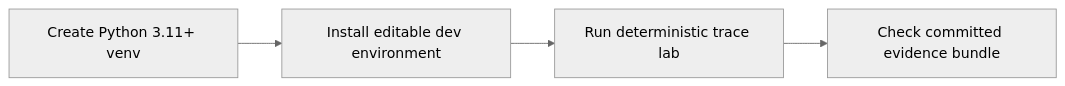
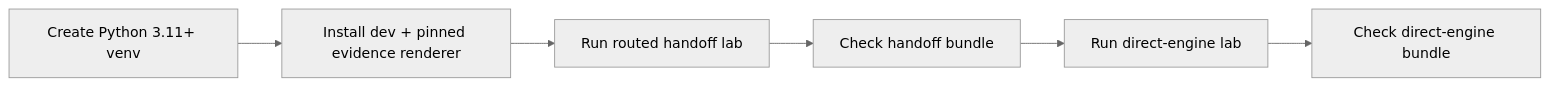
One commit to omar07ibrahim/k2do changed the diagram in README.md. Above: the diagram before and after it, drawn with Mermaid (neutral theme). The commit also changed other lines of this file and 4 other files, not shown here.

Commit message:
Bind handoff evidence to the renderer contract

````diff
--- a/README.md
+++ b/README.md
@@ -26,6 +30,8 @@
 ```mermaid
 flowchart LR
-    V["Create Python 3.11+ venv"] --> I["Install editable dev environment"]
-    I --> R["Run deterministic trace lab"]
-    R --> C["Check committed evidence bundle"]
+    V["Create Python 3.11+ venv"] --> I["Install dev + pinned evidence renderer"]
+    I --> H["Run routed handoff lab"]
+    H --> HC["Check handoff bundle"]
+    HC --> D["Run direct-engine lab"]
+    D --> DC["Check direct-engine bundle"]
 ```
````
